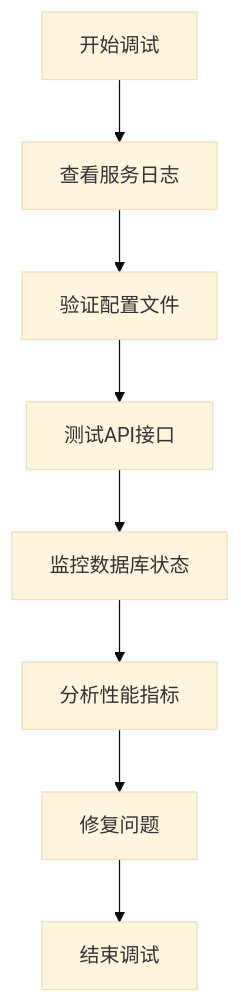
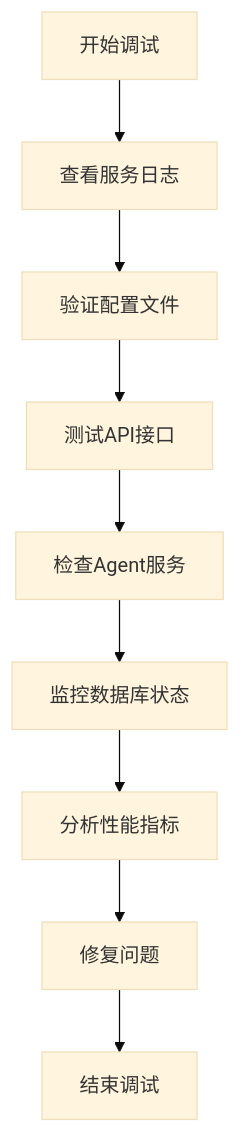
One commit to Liyuhao02/Jmeter-Admin changed diagram 15 of 15 in .qoder/repowiki/zh/content/核心业务模块/Slave节点管理系统/Slave节点管理系统.md. Above: the diagram before and after it, drawn with Mermaid (base theme). The commit also changed other lines of this file and 13 other files, not shown here.

````diff
--- a/.qoder/repowiki/zh/content/核心业务模块/Slave节点管理系统/Slave节点管理系统.md
+++ b/.qoder/repowiki/zh/content/核心业务模块/Slave节点管理系统/Slave节点管理系统.md
@@ -563,10 +717,11 @@
 ```mermaid
 flowchart TD
 DebugStart[开始调试] --> CheckLogs[查看服务日志]
 CheckLogs --> VerifyConfig[验证配置文件]
 VerifyConfig --> TestAPI[测试API接口]
-TestAPI --> MonitorDB[监控数据库状态]
+TestAPI --> CheckAgent[检查Agent服务]
+CheckAgent --> MonitorDB[监控数据库状态]
 MonitorDB --> AnalyzeMetrics[分析性能指标]
 AnalyzeMetrics --> FixIssues[修复问题]
 FixIssues --> EndDebug[结束调试]
 ```
````
